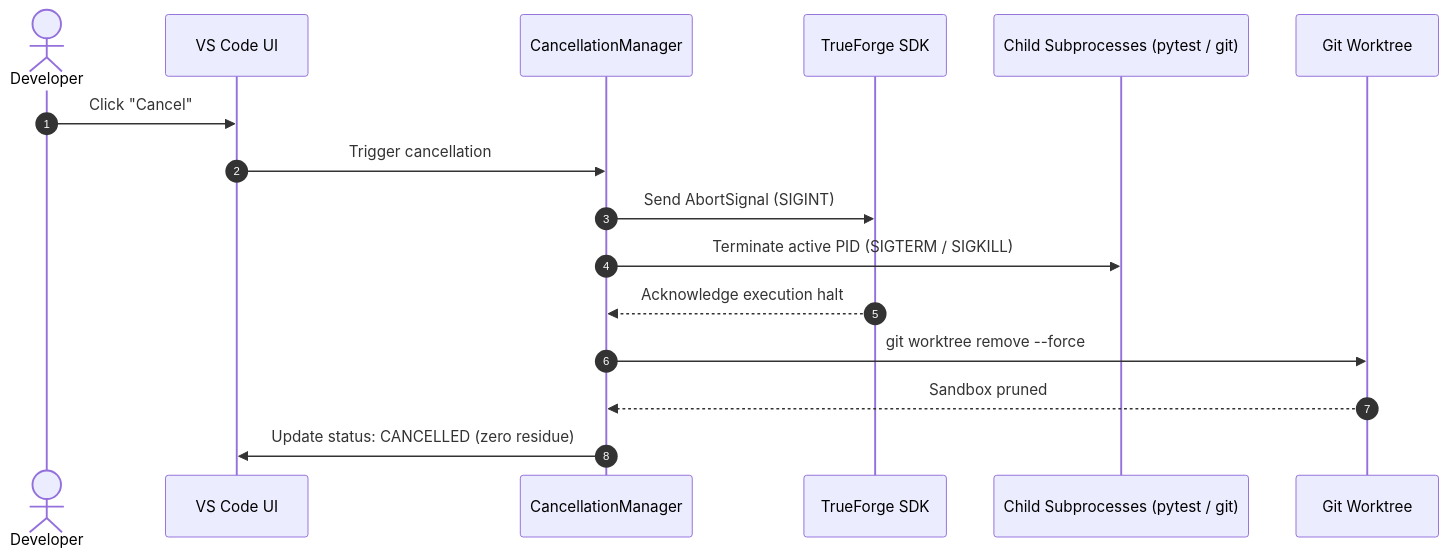
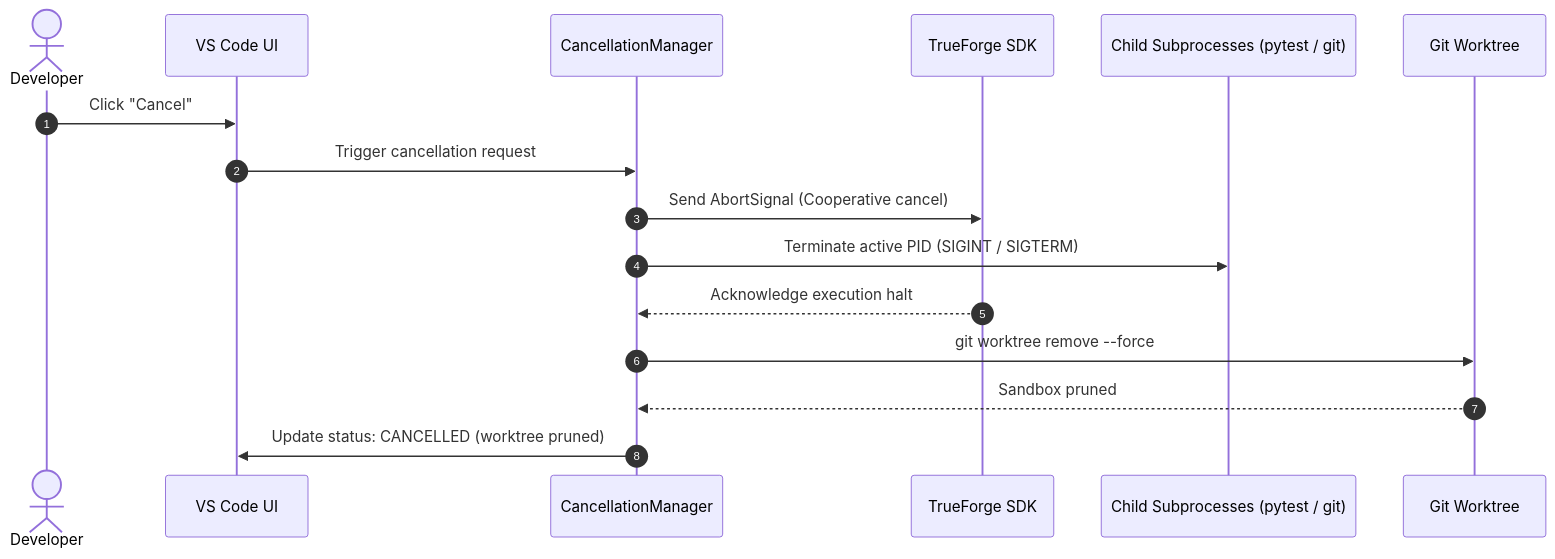
One commit to madhura200227/PatchPilot changed the third of 4 diagrams in docs/WORKFLOWS.md. Above: the diagram before and after it, drawn with Mermaid. The commit also changed other lines of this file and 5 other files, not shown here.

````diff
--- a/docs/WORKFLOWS.md
+++ b/docs/WORKFLOWS.md
@@ -165,19 +172,19 @@
 ```mermaid
 sequenceDiagram
     autonumber
     actor Dev as Developer
     participant UI as VS Code UI
     participant CM as CancellationManager
     participant TF as TrueForge SDK
     participant Sub as Child Subprocesses (pytest / git)
     participant WT as Git Worktree
 
     Dev->>UI: Click "Cancel"
-    UI->>CM: Trigger cancellation
-    CM->>TF: Send AbortSignal (SIGINT)
-    CM->>Sub: Terminate active PID (SIGTERM / SIGKILL)
+    UI->>CM: Trigger cancellation request
+    CM->>TF: Send AbortSignal (Cooperative cancel)
+    CM->>Sub: Terminate active PID (SIGINT / SIGTERM)
     TF-->>CM: Acknowledge execution halt
     CM->>WT: git worktree remove --force
     WT-->>CM: Sandbox pruned
-    CM->>UI: Update status: CANCELLED (zero residue)
+    CM->>UI: Update status: CANCELLED (worktree pruned)
 ```
````
